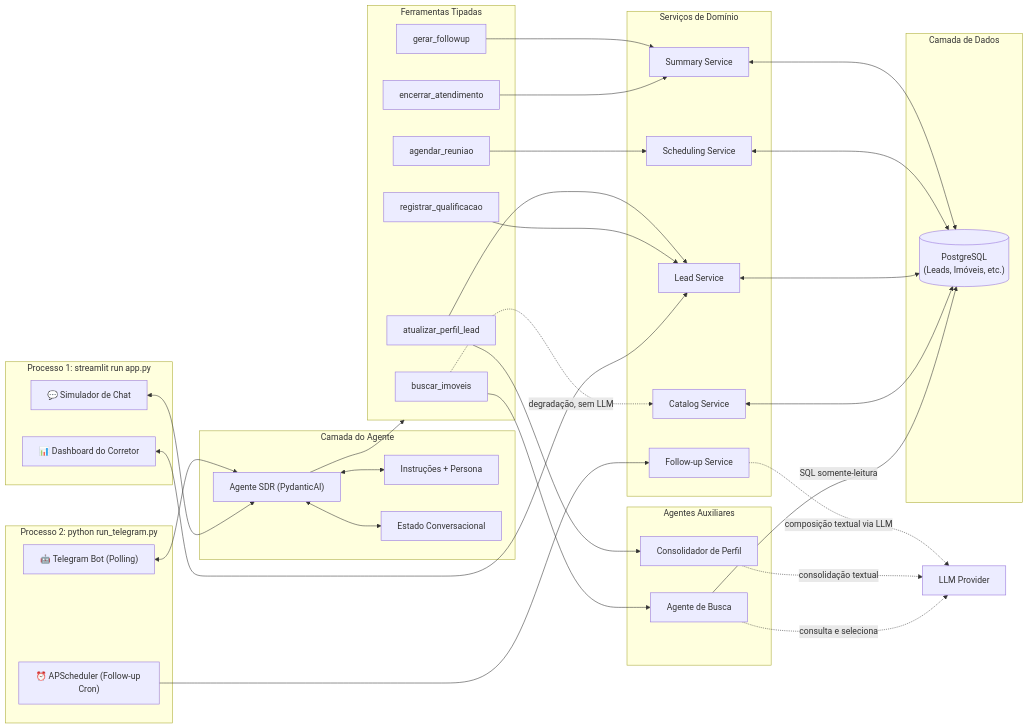
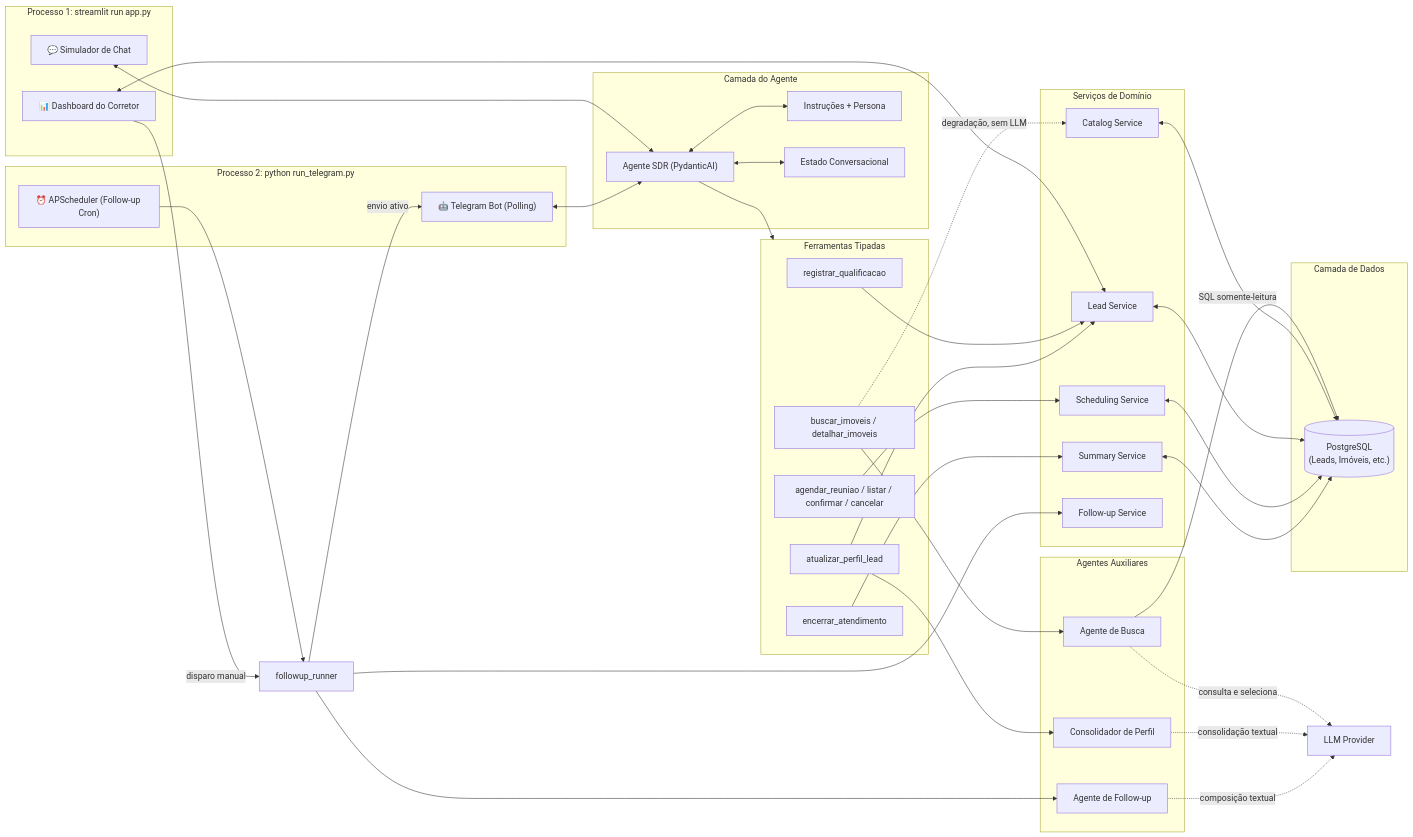
The diagram in docs/01-visao-geral/01-plano-de-implementacao.md (luizaaca/agente_imobiliario), drawn with Mermaid before and after one commit. The commit also changed other lines of this file and 16 other files, not shown here.

````diff
--- a/docs/01-visao-geral/01-plano-de-implementacao.md
+++ b/docs/01-visao-geral/01-plano-de-implementacao.md
@@ -141,68 +142,71 @@
 ```mermaid
 flowchart LR
     subgraph Proc1 ["Processo 1: streamlit run app.py"]
         ChatTab["💬 Simulador de Chat"]
         DashTab["📊 Dashboard do Corretor"]
     end
 
     subgraph Proc2 ["Processo 2: python run_telegram.py"]
         TgBot["🤖 Telegram Bot (Polling)"]
         Scheduler["⏰ APScheduler (Follow-up Cron)"]
     end
 
     subgraph Agent ["Camada do Agente"]
         SDRAgent["Agente SDR (PydanticAI)"]
         Prompt["Instruções + Persona"]
         State["Estado Conversacional"]
     end
 
     subgraph Tools ["Ferramentas Tipadas"]
-        Buscar["buscar_imoveis"]
+        Buscar["buscar_imoveis / detalhar_imoveis"]
         Qualificar["registrar_qualificacao"]
         PerfilTool["atualizar_perfil_lead"]
-        Agendar["agendar_reuniao"]
+        Agendar["agendar_reuniao / listar / confirmar / cancelar"]
         Encerrar["encerrar_atendimento"]
-        FollowUp["gerar_followup"]
     end
 
     subgraph Auxiliares ["Agentes Auxiliares"]
         BuscaAgent["Agente de Busca"]
         PerfilAgent["Consolidador de Perfil"]
+        FollowUpAgent["Agente de Follow-up"]
     end
 
     subgraph Services ["Serviços de Domínio"]
         CatalogService["Catalog Service"]
         LeadService["Lead Service"]
         SchedulingService["Scheduling Service"]
         SummaryService["Summary Service"]
         FollowUpService["Follow-up Service"]
     end
 
     subgraph Data ["Camada de Dados"]
         DB[("PostgreSQL\n(Leads, Imóveis, etc.)")]
     end
 
     ChatTab <--> SDRAgent
     TgBot <--> SDRAgent
-    Scheduler --> FollowUpService
+    Scheduler --> Runner["followup_runner"]
+    DashTab -->|"disparo manual"| Runner
+    Runner --> FollowUpService
+    Runner --> FollowUpAgent
+    Runner -->|"envio ativo"| TgBot
     DashTab <--> LeadService
     SDRAgent <--> Prompt
     SDRAgent <--> State
     SDRAgent --> Tools
     Buscar --> BuscaAgent
     Buscar -.->|"degradação, sem LLM"| CatalogService
     BuscaAgent -->|"SQL somente-leitura"| DB
     BuscaAgent -.->|"consulta e seleciona"| LLM
     Qualificar --> LeadService
     PerfilTool --> PerfilAgent
     PerfilAgent -.->|"consolidação textual"| LLM
     PerfilTool --> LeadService
     Agendar --> SchedulingService
     Encerrar --> SummaryService
-    FollowUp --> SummaryService
-    FollowUpService -.->|"composição textual via LLM"| LLM["LLM Provider"]
+    FollowUpAgent -.->|"composição textual"| LLM["LLM Provider"]
     CatalogService <--> DB
     LeadService <--> DB
     SchedulingService <--> DB
     SummaryService <--> DB
 ```
````
